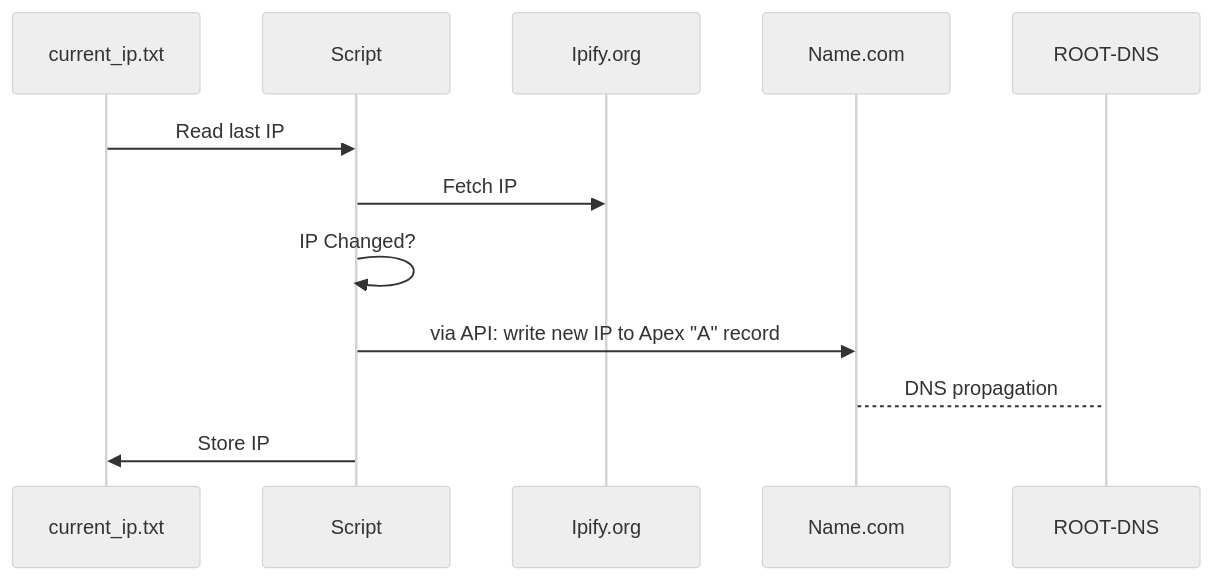
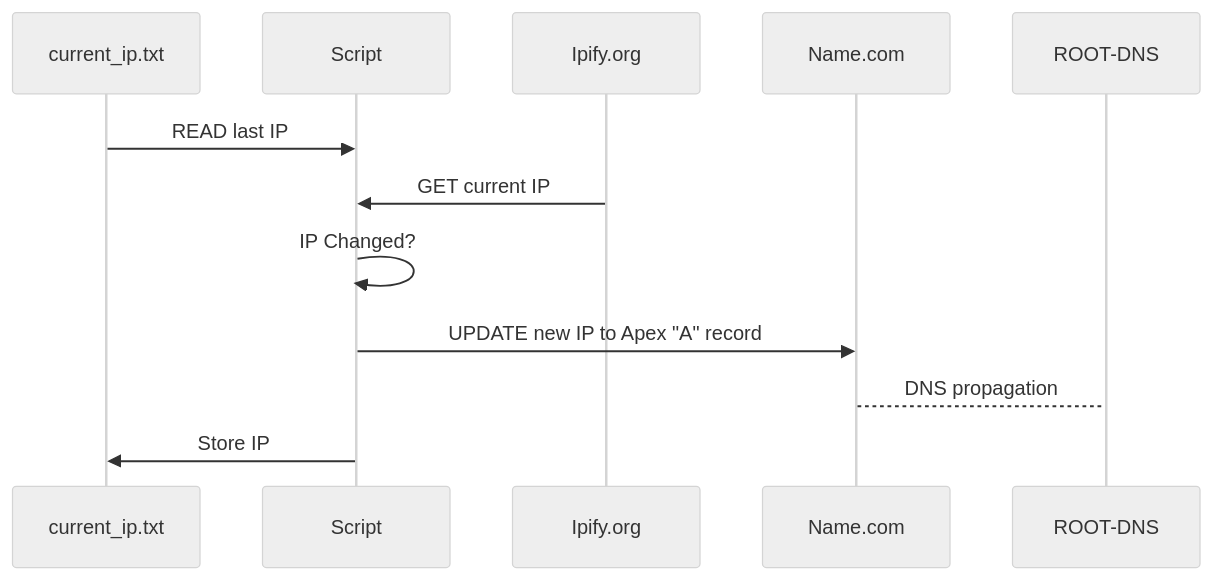
One commit to yasuoiwakura/py-name.com-dyndns-updater changed the first of 2 diagrams in README.md. Above: the diagram before and after it, drawn with Mermaid (neutral theme).

Commit message:
readme readability

````diff
--- a/README.md
+++ b/README.md
@@ -13,11 +13,11 @@
 ```mermaid
 sequenceDiagram
-    current_ip.txt->>Script: Read last IP
-    Script->>Ipify.org: Fetch IP
+    current_ip.txt->>Script: READ last IP
+    Ipify.org->>Script: GET current IP
     Script->>Script: IP Changed?
-    Script->>Name.com: via API: write new IP to Apex "A" record
+    Script->>Name.com: UPDATE new IP to Apex "A" record
     Name.com-->ROOT-DNS: DNS propagation
     Script->>current_ip.txt: Store IP
 
 
 ```
````
